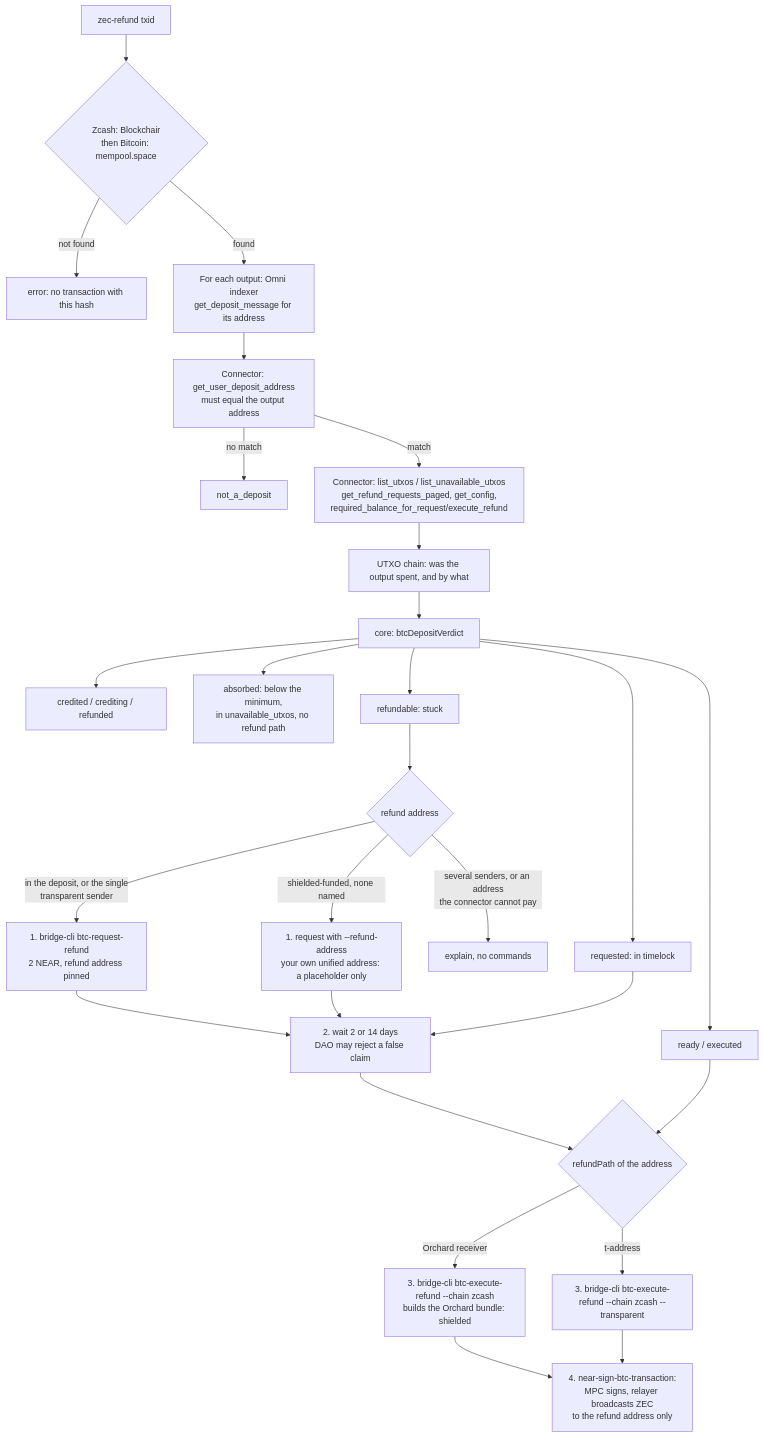
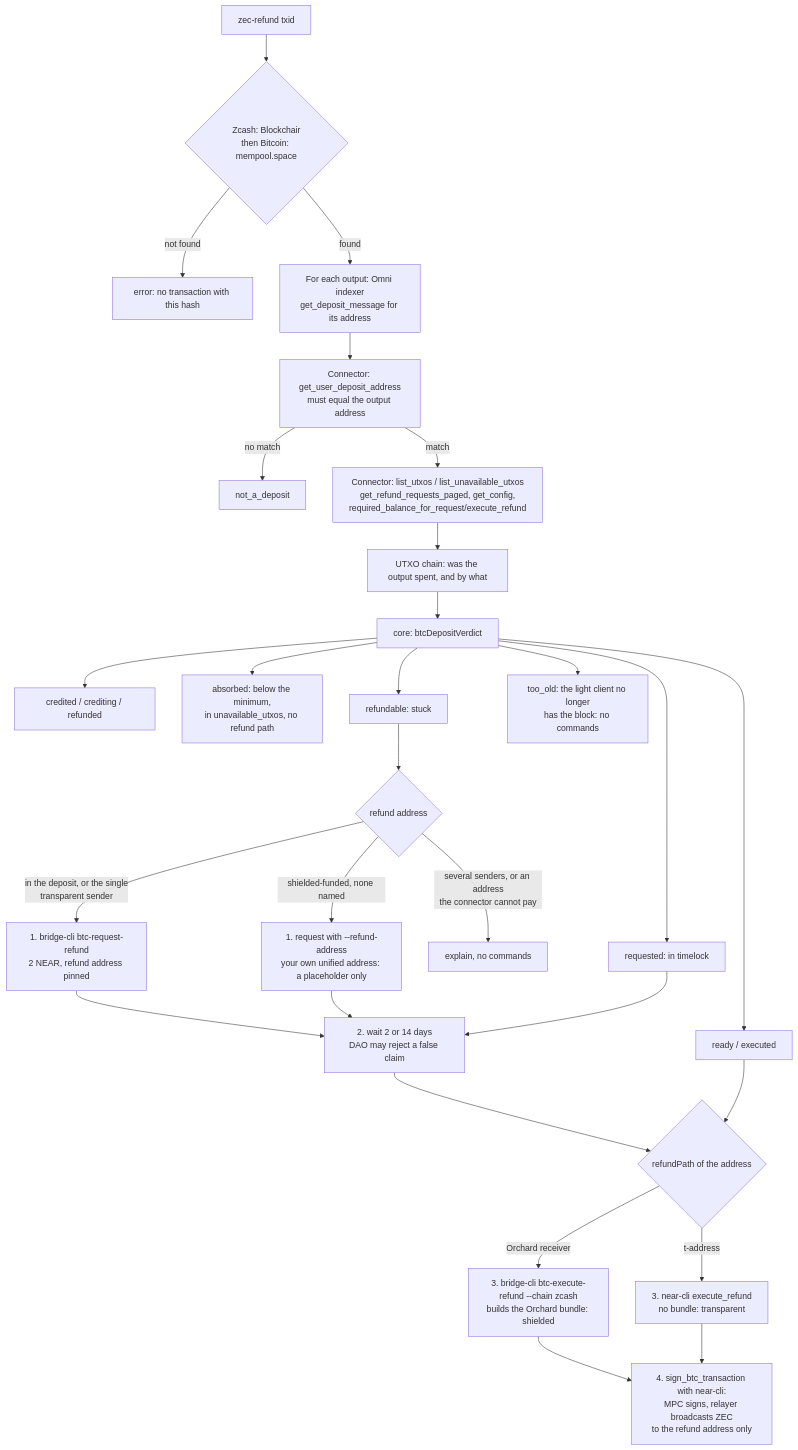
Before and after one commit to cryppit/zec-refund-helper: the diagram in ARCHITECTURE.md, drawn with Mermaid. The commit also changed other lines of this file and 8 other files, not shown here.

First line of the commit message:
fix: request a Zcash refund within the light client's 90 days; near-cli for sign and the transparent execute; what each step costs

````diff
--- a/ARCHITECTURE.md
+++ b/ARCHITECTURE.md
@@ -19,29 +20,30 @@
 ```mermaid
 flowchart TD
   A[zec-refund txid] --> B{Zcash: Blockchair<br/>then Bitcoin: mempool.space}
   B -- not found --> E1[error: no transaction with this hash]
   B -- found --> C[For each output: Omni indexer<br/>get_deposit_message for its address]
   C --> D[Connector: get_user_deposit_address<br/>must equal the output address]
   D -- no match --> V0[not_a_deposit]
   D -- match --> F[Connector: list_utxos / list_unavailable_utxos<br/>get_refund_requests_paged, get_config,<br/>required_balance_for_request/execute_refund]
   F --> G[UTXO chain: was the output spent, and by what]
   G --> H[core: btcDepositVerdict]
   H --> V1[credited / crediting / refunded]
   H --> V5[absorbed: below the minimum,<br/>in unavailable_utxos, no refund path]
   H --> V2[refundable: stuck]
+  H --> V6[too_old: the light client no longer<br/>has the block: no commands]
   H --> V3[requested: in timelock]
   H --> V4[ready / executed]
   V2 --> R{refund address}
   R -- in the deposit, or the single<br/>transparent sender --> S1[1. bridge-cli btc-request-refund<br/>2 NEAR, refund address pinned]
   R -- shielded-funded, none named --> S1b[1. request with --refund-address<br/>your own unified address: a placeholder only]
   R -- several senders, or an address<br/>the connector cannot pay --> X[explain, no commands]
   S1 --> S2[2. wait 2 or 14 days<br/>DAO may reject a false claim]
   S1b --> S2
   V3 --> S2
   S2 --> P{refundPath of the address}
   V4 --> P
   P -- Orchard receiver --> S3a[3. bridge-cli btc-execute-refund --chain zcash<br/>builds the Orchard bundle: shielded]
-  P -- t-address --> S3b[3. bridge-cli btc-execute-refund --chain zcash --transparent]
-  S3a --> S4[4. near-sign-btc-transaction:<br/>MPC signs, relayer broadcasts ZEC<br/>to the refund address only]
+  P -- t-address --> S3b[3. near-cli execute_refund<br/>no bundle: transparent]
+  S3a --> S4[4. sign_btc_transaction with near-cli:<br/>MPC signs, relayer broadcasts ZEC<br/>to the refund address only]
   S3b --> S4
 ```
````
